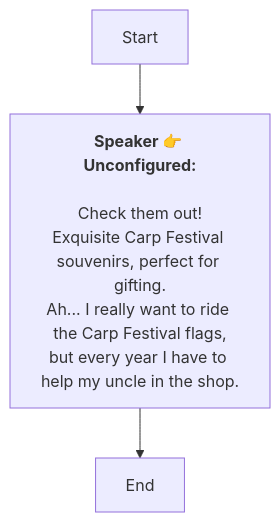
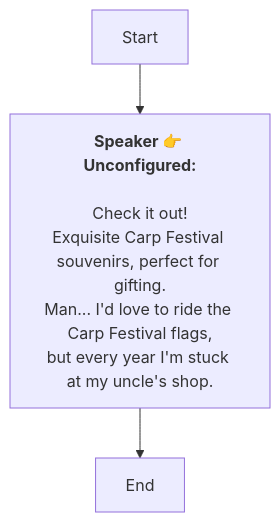
The diagram in En/Dialog_54729903689539.md (SoftHu/tos_avg), drawn with Mermaid before and after one commit. The commit also changed 297 other files, not shown here.

````diff
--- a/En/Dialog_54729903689539.md
+++ b/En/Dialog_54729903689539.md
@@ -1,11 +1,11 @@
 ```mermaid
 graph
 Start -->1751357100805687[<b>Speaker 👉 Unconfigured:</b>
 
-Check them out!
+Check it out!
 Exquisite Carp Festival souvenirs, perfect for gifting.
-Ah... I really want to ride the Carp Festival flags,
-but every year I have to help my uncle in the shop.]
+Man... I'd love to ride the Carp Festival flags,
+but every year I'm stuck at my uncle's shop.]
 1751357100805687 -->1751357097605686[End]
 
  ```
````
